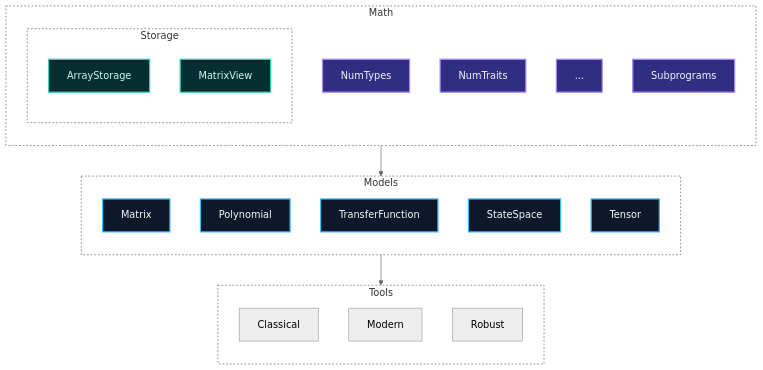
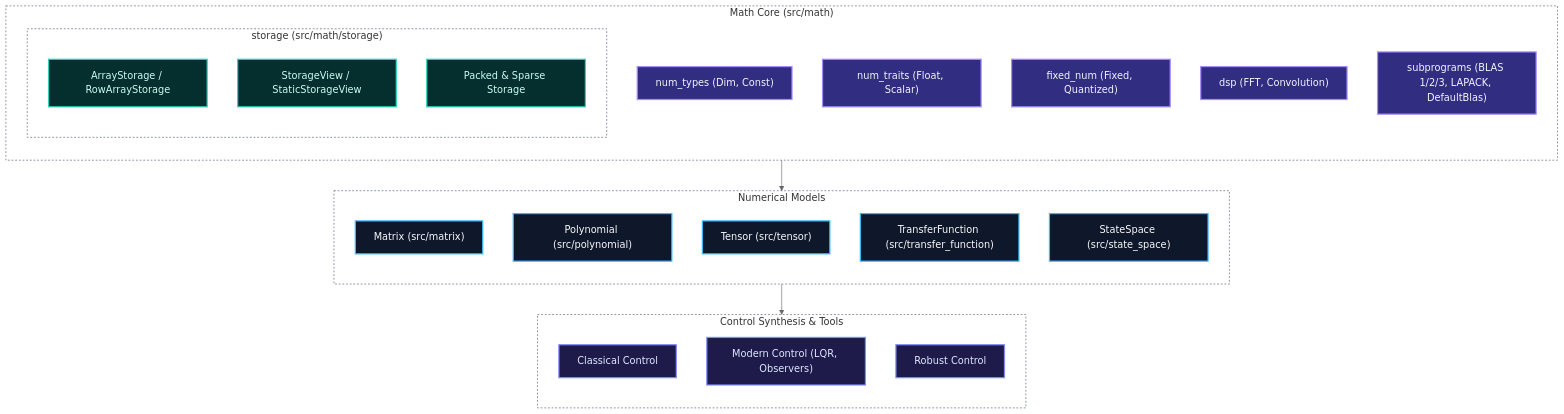
Before and after one commit to Dyse-Industries/control-rs: the diagram in README.md, drawn with Mermaid (neutral theme). The commit also changed other lines of this file and 178 other files, not shown here.

````diff
--- a/README.md
+++ b/README.md
@@ -35,49 +29,50 @@
 ```mermaid
 ---
 config:
   layout: dagre
 ---
 flowchart TB
-    subgraph Math
+    subgraph Math["Math Core (src/math)"]
         direction TB
-        NumTypes:::external
-        NumTraits:::external
-        ...:::external
-        Subprograms:::external
+        NumTypes["num_types (Dim, Const)"]:::external
+        NumTraits["num_traits (Float, Scalar)"]:::external
+        FixedNum["fixed_num (Fixed, Quantized)"]:::external
+        DspCore["dsp (FFT, Convolution)"]:::external
+        Subprograms["subprograms (BLAS 1/2/3, LAPACK, DefaultBlas)"]:::external
 
-        subgraph Storage
+        subgraph Storage["storage (src/math/storage)"]
             direction TB
-            ArrayStorage:::storage
-            MatrixView:::storage
+            ArrayStorage["ArrayStorage / RowArrayStorage"]:::storage
+            StorageView["StorageView / StaticStorageView"]:::storage
+            PackedSparse["Packed & Sparse Storage"]:::storage
         end
     end
 
-    subgraph Models
+    subgraph Models["Numerical Models"]
         direction TB
-        Matrix:::core
-        Polynomial:::core
-        TransferFunction:::core
-        StateSpace:::core
-        Tensor:::core
+        Matrix["Matrix (src/matrix)"]:::core
+        Polynomial["Polynomial (src/polynomial)"]:::core
+        Tensor["Tensor (src/tensor)"]:::core
+        TransferFunction["TransferFunction (src/transfer_function)"]:::core
+        StateSpace["StateSpace (src/state_space)"]:::core
     end
 
-    subgraph Tools
+    subgraph Tools["Control Synthesis & Tools"]
         direction TB
-        Classical
-        Modern
-        Robust
+        Classical["Classical Control"]:::tools
+        Modern["Modern Control (LQR, Observers)"]:::tools
+        Robust["Robust Control"]:::tools
     end
 
-%% Cleaned up structural flow
     Math --> Models
     Models --> Tools
-%% Styling
+
     classDef core fill: #0f172a, stroke: #38bdf8, stroke-width: 2px, color: #f8fafc
     classDef storage fill: #042f2e, stroke: #2dd4bf, stroke-width: 2px, color: #ccfbf1
     classDef external fill: #312e81, stroke: #a78bfa, stroke-width: 2px, color: #f5f3ff
-    classDef tools fill: #312e81, stroke: #a78bfa, stroke-width: 2px, color: #f5f3ff
+    classDef tools fill: #1e1b4b, stroke: #818cf8, stroke-width: 2px, color: #e0e7ff
     style Models fill: transparent, stroke: #475569, stroke-width: 1px, stroke-dasharray: 3 3
     style Math fill: transparent, stroke: #475569, stroke-width: 1px, stroke-dasharray: 3 3
     style Storage fill: transparent, stroke: #475569, stroke-width: 1px, stroke-dasharray: 3 3
     style Tools fill: transparent, stroke: #475569, stroke-width: 1px, stroke-dasharray: 3 3
 ```
````
